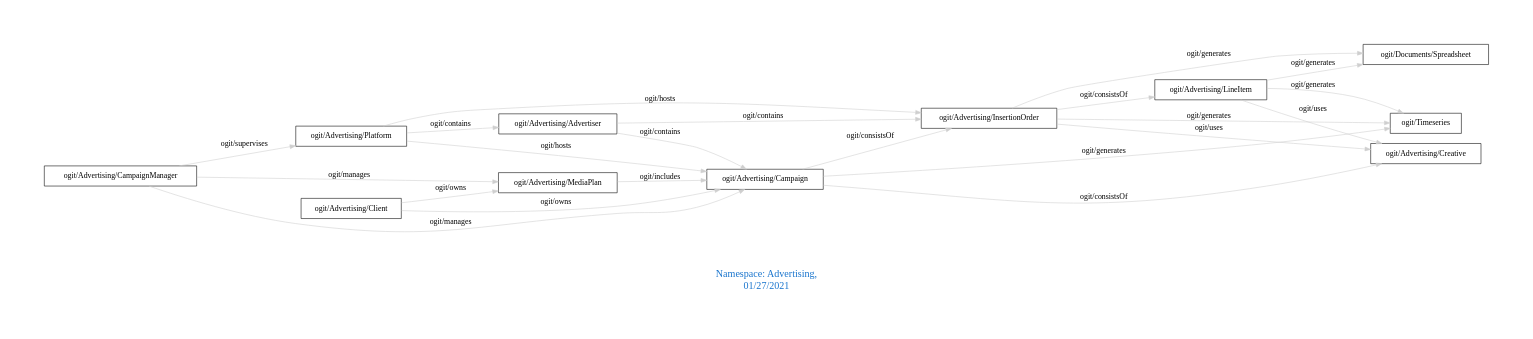
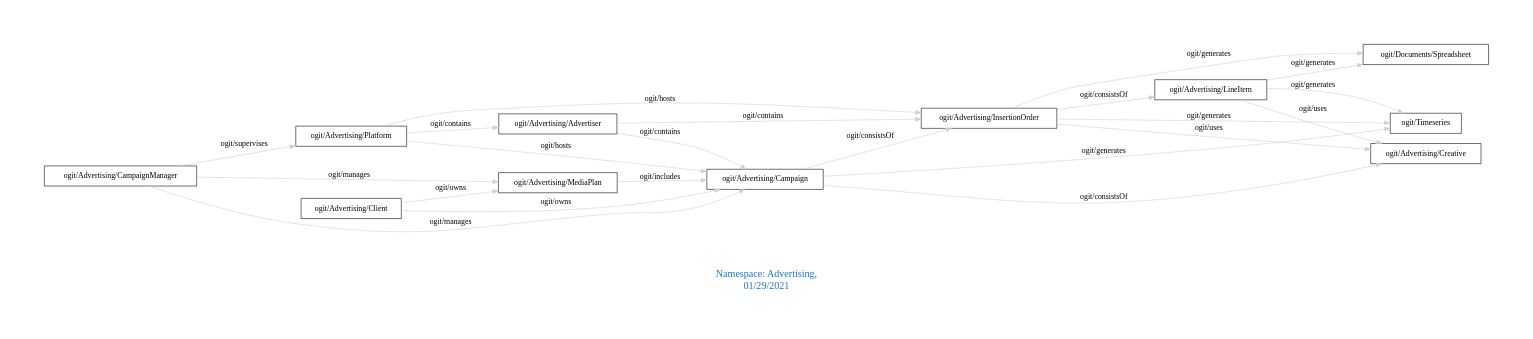
One commit to arago/OGIT changed the diagram in downloads/Advertising.dot. Above: the diagram before and after it, drawn with Graphviz. The commit also changed 1838 other files, not shown here.

```diff
--- a/downloads/Advertising.dot
+++ b/downloads/Advertising.dot
@@ -1,29 +1,29 @@
 digraph OGIT_ontology {
  graph [ rankdir= LR,pad=1 
 fontsize = 18,
-fontcolor= dodgerblue3,label = "\n\n\nNamespace: Advertising, \n 01/27/2021"];
+fontcolor= dodgerblue3,label = "\n\n\nNamespace: Advertising, \n 01/29/2021"];
 node[shape=polygon];
 edge [  color="gray81"];
 
    "ogit/Advertising/Advertiser" -> "ogit/Advertising/Campaign" [label="   ogit/contains    "];
    "ogit/Advertising/Advertiser" -> "ogit/Advertising/InsertionOrder" [label="   ogit/contains    "];
    "ogit/Advertising/Platform" -> "ogit/Advertising/Advertiser" [label="   ogit/contains    "];
    "ogit/Advertising/CampaignManager" -> "ogit/Advertising/MediaPlan" [label="   ogit/manages    "];
    "ogit/Advertising/CampaignManager" -> "ogit/Advertising/Campaign" [label="   ogit/manages    "];
    "ogit/Advertising/Platform" -> "ogit/Advertising/Campaign" [label="   ogit/hosts    "];
    "ogit/Advertising/Platform" -> "ogit/Advertising/InsertionOrder" [label="   ogit/hosts    "];
    "ogit/Advertising/CampaignManager" -> "ogit/Advertising/Platform" [label="   ogit/supervises    "];
    "ogit/Advertising/Campaign" -> "ogit/Timeseries" [label="   ogit/generates    "];
    "ogit/Advertising/InsertionOrder" -> "ogit/Timeseries" [label="   ogit/generates    "];
    "ogit/Advertising/InsertionOrder" -> "ogit/Documents/Spreadsheet" [label="   ogit/generates    "];
    "ogit/Advertising/LineItem" -> "ogit/Timeseries" [label="   ogit/generates    "];
    "ogit/Advertising/LineItem" -> "ogit/Documents/Spreadsheet" [label="   ogit/generates    "];
    "ogit/Advertising/MediaPlan" -> "ogit/Advertising/Campaign" [label="   ogit/includes    "];
    "ogit/Advertising/Client" -> "ogit/Advertising/MediaPlan" [label="   ogit/owns    "];
    "ogit/Advertising/Client" -> "ogit/Advertising/Campaign" [label="   ogit/owns    "];
    "ogit/Advertising/InsertionOrder" -> "ogit/Advertising/Creative" [label="   ogit/uses    "];
    "ogit/Advertising/LineItem" -> "ogit/Advertising/Creative" [label="   ogit/uses    "];
    "ogit/Advertising/Campaign" -> "ogit/Advertising/InsertionOrder" [label="   ogit/consistsOf    "];
    "ogit/Advertising/Campaign" -> "ogit/Advertising/Creative" [label="   ogit/consistsOf    "];
    "ogit/Advertising/InsertionOrder" -> "ogit/Advertising/LineItem" [label="   ogit/consistsOf    "];
 }
```
